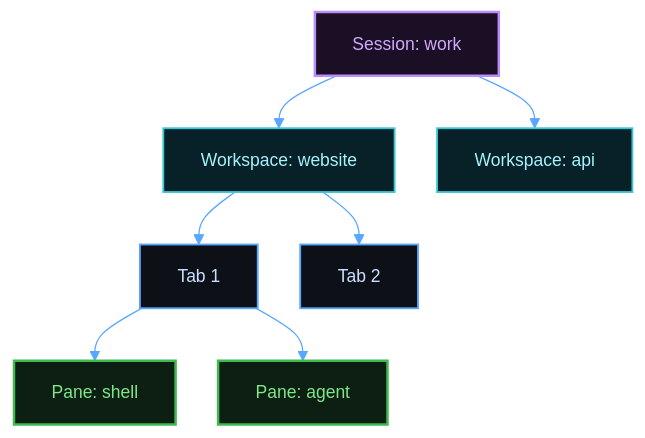
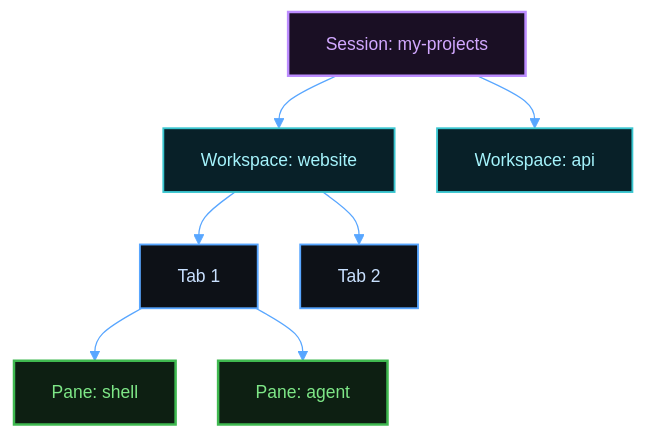
The first of 2 diagrams in docs/cheat-sheet.md (MussaCharles/herdspace), drawn with Mermaid before and after one commit. The commit also changed other lines of this file and 11 other files, not shown here.

````diff
--- a/docs/cheat-sheet.md
+++ b/docs/cheat-sheet.md
@@ -9,23 +9,23 @@
 ```mermaid
 %%{init: {'theme': 'base', 'themeVariables': {
   'fontFamily': 'Menlo, Consolas, Courier New, monospace', 'fontSize': '14px',
   'primaryColor': '#0d1117', 'primaryTextColor': '#e6edf3', 'primaryBorderColor': '#3fb950',
   'textColor': '#e6edf3', 'lineColor': '#58a6ff', 'secondaryColor': '#161b22', 'tertiaryColor': '#0d1117',
   'edgeLabelBackground': '#0b0f14', 'clusterBkg': '#0b0f14', 'clusterBorder': '#30363d', 'titleColor': '#d2a8ff',
   'actorBkg': '#0d1f12', 'actorBorder': '#3fb950', 'actorTextColor': '#7ee787', 'actorLineColor': '#30363d',
   'signalColor': '#58a6ff', 'signalTextColor': '#e6edf3', 'sequenceNumberColor': '#0b0f14'
 }, 'flowchart': {'curve': 'basis', 'nodeSpacing': 34, 'rankSpacing': 42, 'wrappingWidth': 340}}}%%
 flowchart TD
   classDef cmd fill:#0d1f12,stroke:#3fb950,stroke-width:2px,color:#7ee787
   classDef step fill:#0d1117,stroke:#58a6ff,stroke-width:1.5px,color:#c9e1ff
   classDef ask fill:#2a2000,stroke:#e3b341,stroke-width:2px,color:#f2cc60
   classDef host fill:#1a0f24,stroke:#bc8cff,stroke-width:2px,color:#d2a8ff
   classDef data fill:#082028,stroke:#39c5cf,stroke-width:1.5px,color:#a5f3fc
   classDef stop fill:#2a0f12,stroke:#ff7b72,stroke-width:2px,color:#ffa198
-  session["Session: work"]:::host --> w1["Workspace: website"]:::data
+  session["Session: my-projects"]:::host --> w1["Workspace: website"]:::data
   session --> w2["Workspace: api"]:::data
   w1 --> t1["Tab 1"]:::step
   w1 --> t2["Tab 2"]:::step
   t1 --> p1["Pane: shell"]:::cmd
   t1 --> p2["Pane: agent"]:::cmd
 ```
````
